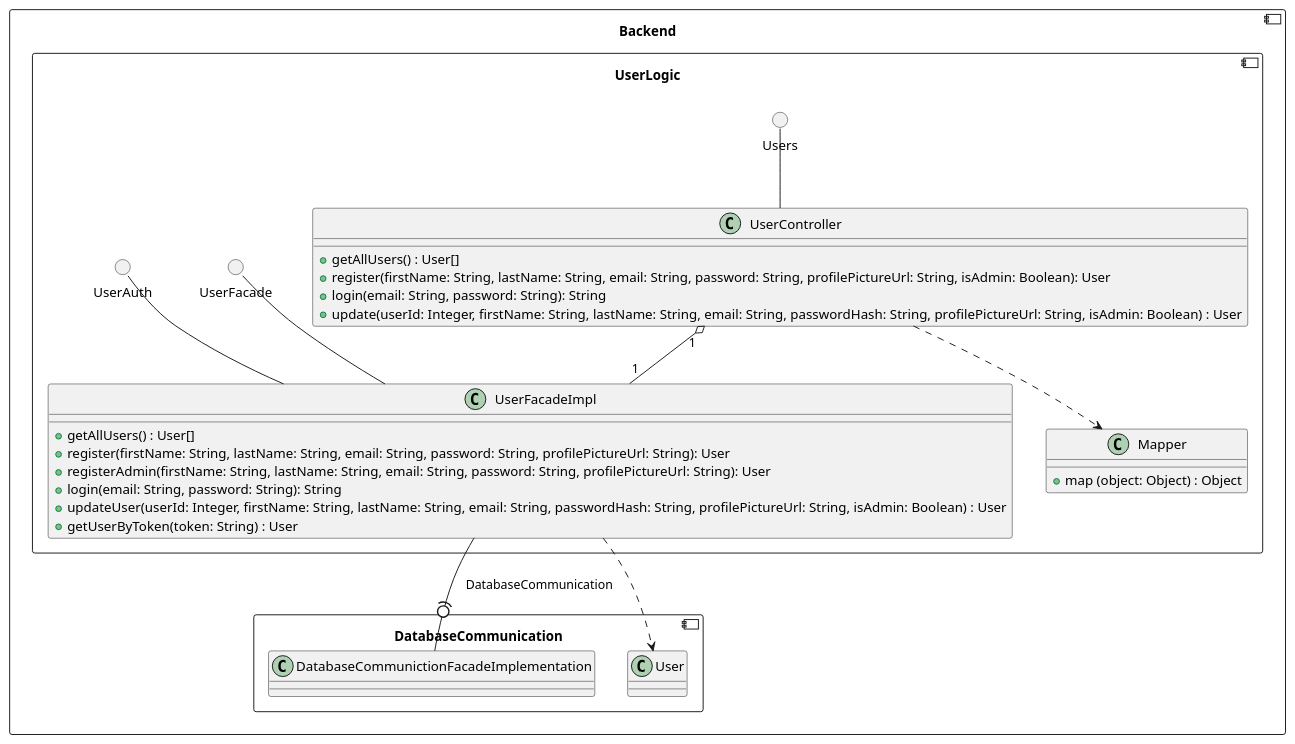
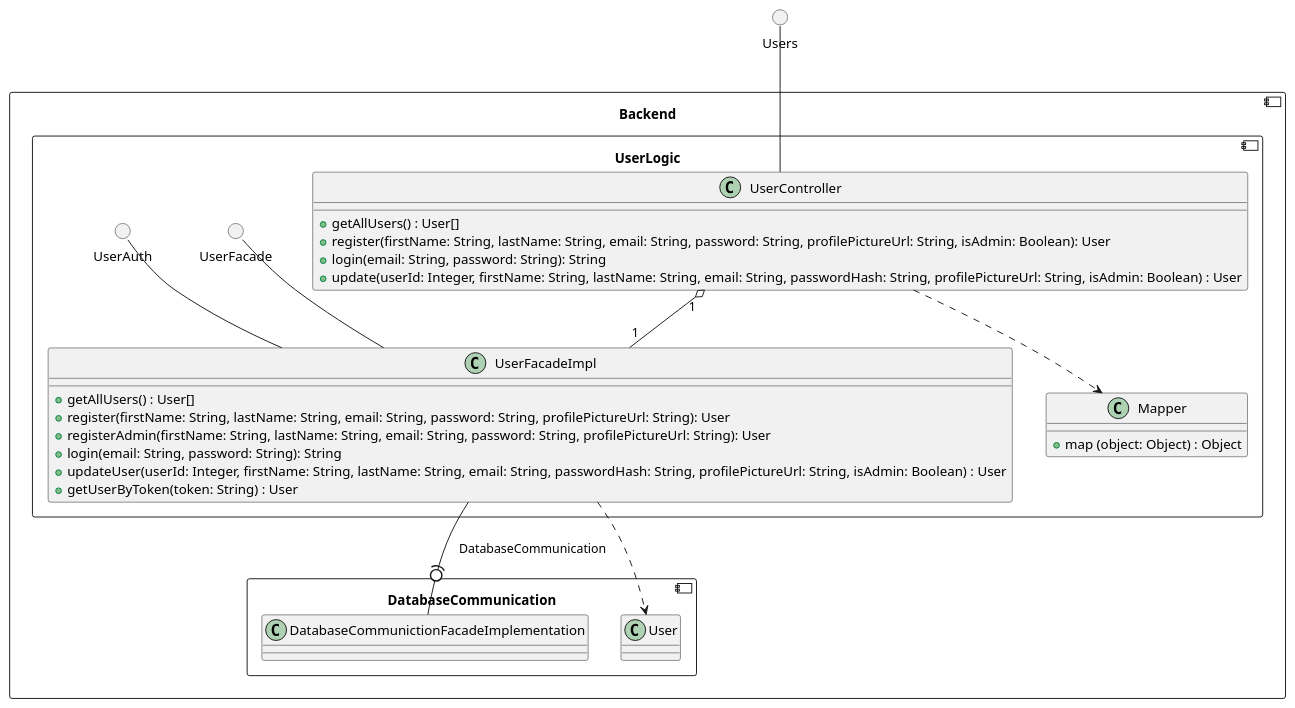
The third of 6 diagrams in FullClassDiagrams.md (RadekBucki/OpinionCollectorArchitecture), drawn with PlantUML before and after one commit. The commit also changed other lines of this file, not shown here.

````diff
--- a/FullClassDiagrams.md
+++ b/FullClassDiagrams.md
@@ -130,41 +130,41 @@
 ```plantuml
+circle Users
 component Backend {
     component UserLogic {
-        circle Users
         class UserController {
             + getAllUsers() : User[]
             + register(firstName: String, lastName: String, email: String, password: String, profilePictureUrl: String, isAdmin: Boolean): User
             + login(email: String, password: String): String
             + update(userId: Integer, firstName: String, lastName: String, email: String, passwordHash: String, profilePictureUrl: String, isAdmin: Boolean) : User
         }
         circle UserFacade
         circle UserAuth
         class UserFacadeImpl {
             + getAllUsers() : User[]
             + register(firstName: String, lastName: String, email: String, password: String, profilePictureUrl: String): User
             + registerAdmin(firstName: String, lastName: String, email: String, password: String, profilePictureUrl: String): User
             + login(email: String, password: String): String
             + updateUser(userId: Integer, firstName: String, lastName: String, email: String, passwordHash: String, profilePictureUrl: String, isAdmin: Boolean) : User
             + getUserByToken(token: String) : User
         }
         UserFacade -- UserFacadeImpl
         UserAuth   -- UserFacadeImpl
         Users -- UserController
         
         UserController "1" o-- "1" UserFacadeImpl
         
         class Mapper {
             +map (object: Object) : Object
         }
         UserController ..> Mapper
     }
     
     component DatabaseCommunication {
         class DatabaseCommunictionFacadeImplementation
         class User
     }
     UserFacadeImpl -(0- DatabaseCommunictionFacadeImplementation : DatabaseCommunication
     UserFacadeImpl ..> User
     
 }
 ```
````
